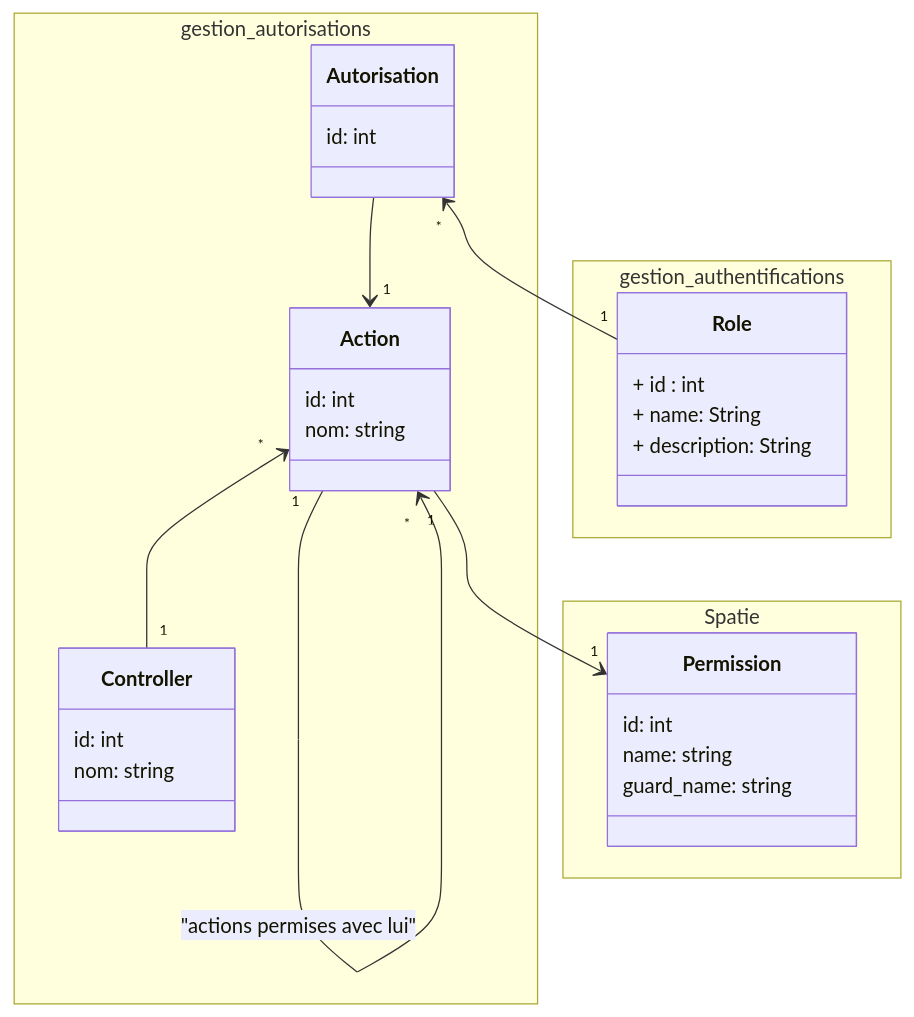
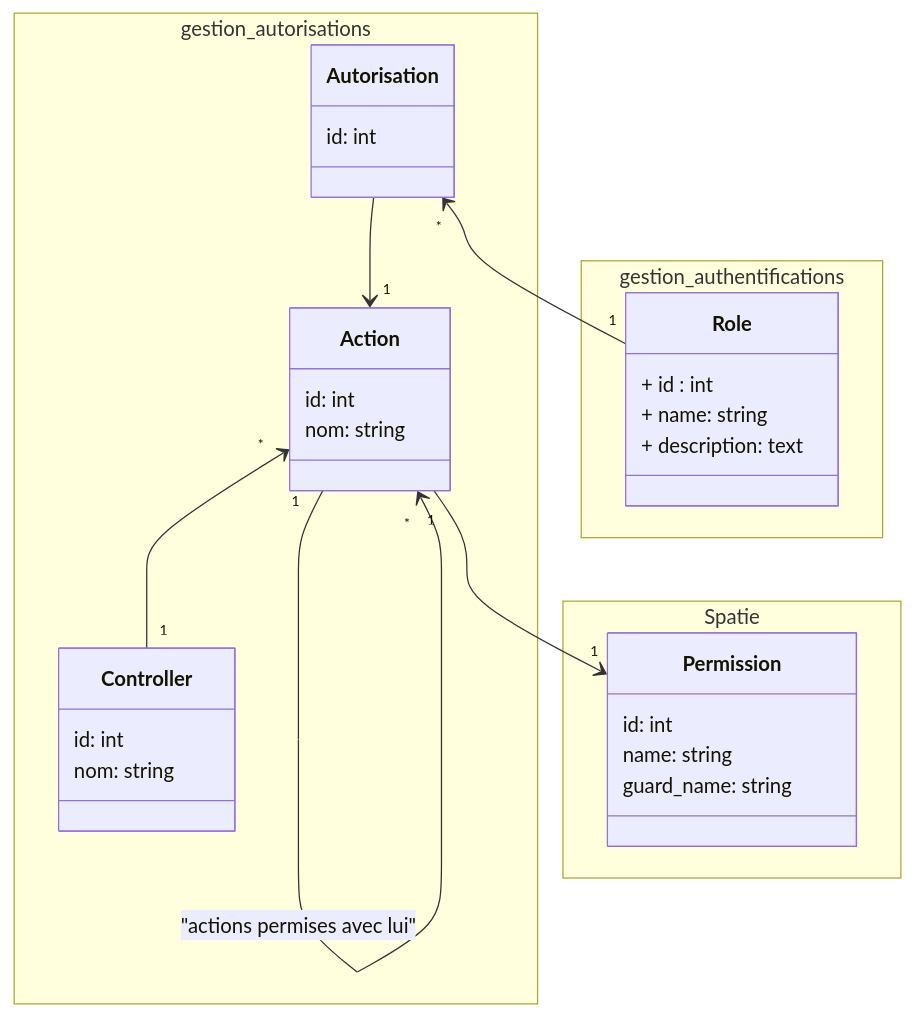
Before and after one commit to zaani12/prototype: the diagram in modélisation/pkg_autorisations/classes_pkg_autorisations.mmd, drawn with Mermaid. The commit also changed 32 other files, not shown here.

```diff
--- a/modélisation/pkg_autorisations/classes_pkg_autorisations.mmd
+++ b/modélisation/pkg_autorisations/classes_pkg_autorisations.mmd
@@ -1,41 +1,41 @@
 classDiagram
 
 namespace gestion_autorisations{
   class Action {
     id: int
     nom: string
   }
 
   class Autorisation {
     id: int
   }
 
   class Controller {
     id: int
     nom: string
   }
 }
 namespace Spatie {
   class Permission {
     id: int
     name: string
     guard_name: string
   }
 }
 
 
 namespace gestion_authentifications {
 
 class Role{
     + id : int
-    + name: String 
-    + description: String 
+    + name: string 
+    + description: text 
 }
 }
 
 
 Action "*" <-- "1" Controller
 Autorisation --> "1" Action
 Autorisation "*" <-- "1" Role
 Action "1" --> "1" Permission
 Action  "1" --> "*" Action : "actions permises avec lui"
```
